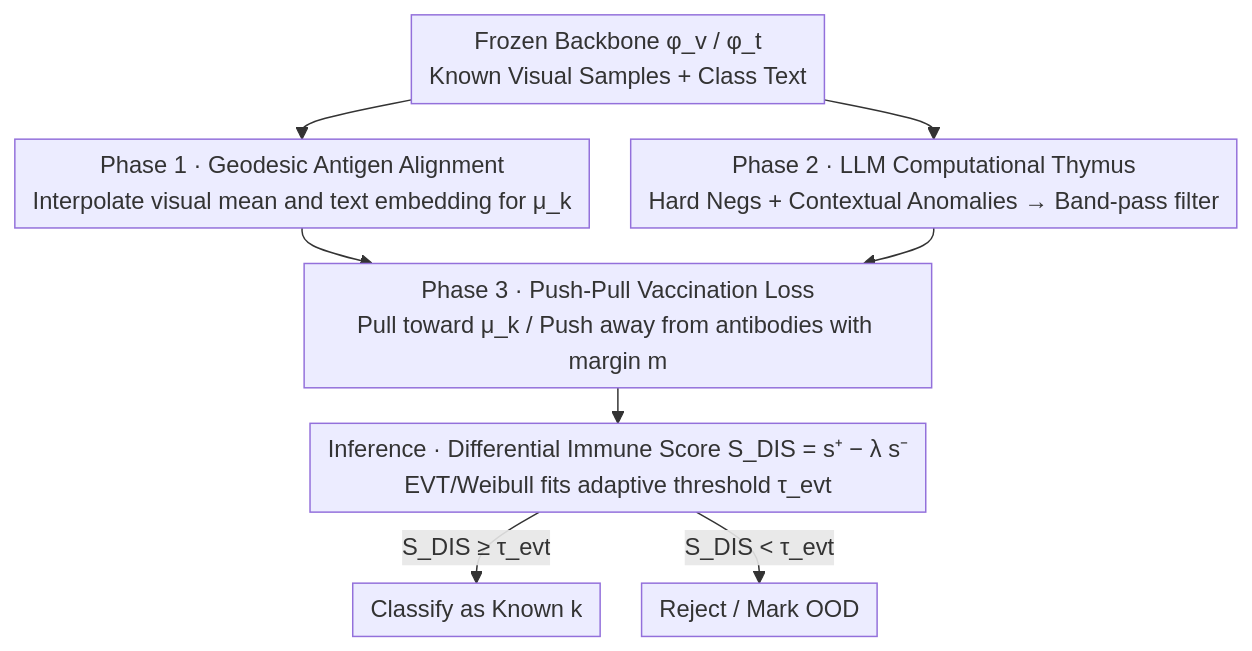
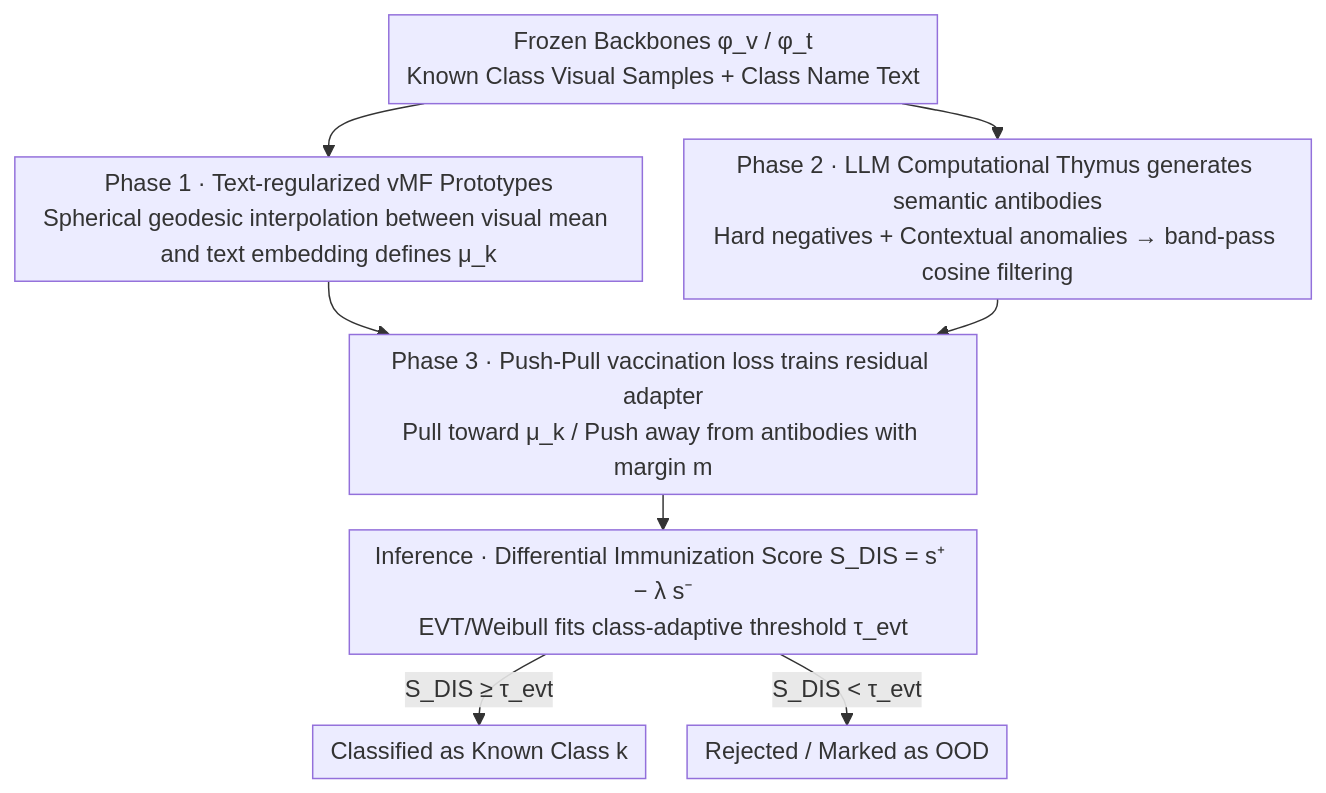
Before and after one commit to zhaoyang97/Paper-Notes-en: the diagram in docs/ICML2026/multimodal_vlm/immuno-vlm_immunizing_large_vision-language_models_via_generative_semantic_antib.md, drawn with Mermaid. The commit also changed other lines of this file and 5084 other files, not shown here.

````diff
--- a/docs/ICML2026/multimodal_vlm/immuno-vlm_immunizing_large_vision-language_models_via_generative_semantic_antib.md
+++ b/docs/ICML2026/multimodal_vlm/immuno-vlm_immunizing_large_vision-language_models_via_generative_semantic_antib.md
@@ -45,12 +45,12 @@
 ```mermaid
 %%{init: {'flowchart': {'rankSpacing': 24, 'nodeSpacing': 28, 'padding': 6, 'wrappingWidth': 400}}}%%
 flowchart TD
-    IN["Frozen Backbone φ_v / φ_t<br/>Known Visual Samples + Class Text"]
-    IN --> P1["Phase 1 · Geodesic Antigen Alignment<br/>Interpolate visual mean and text embedding for μ_k"]
-    IN --> P2["Phase 2 · LLM Computational Thymus<br/>Hard Negs + Contextual Anomalies → Band-pass filter"]
-    P1 --> P3["Phase 3 · Push-Pull Vaccination Loss<br/>Pull toward μ_k / Push away from antibodies with margin m"]
+    IN["Frozen Backbones φ_v / φ_t<br/>Known Class Visual Samples + Class Name Text"]
+    IN --> P1["Phase 1 · Text-regularized vMF Prototypes<br/>Spherical geodesic interpolation between visual mean and text embedding defines μ_k"]
+    IN --> P2["Phase 2 · LLM Computational Thymus generates semantic antibodies<br/>Hard negatives + Contextual anomalies → band-pass cosine filtering"]
+    P1 --> P3["Phase 3 · Push-Pull vaccination loss trains residual adapter<br/>Pull toward μ_k / Push away from antibodies with margin m"]
     P2 --> P3
-    P3 --> INF["Inference · Differential Immune Score S_DIS = s⁺ − λ s⁻<br/>EVT/Weibull fits adaptive threshold τ_evt"]
-    INF -->|"S_DIS ≥ τ_evt"| KNOWN["Classify as Known k"]
-    INF -->|"S_DIS < τ_evt"| REJECT["Reject / Mark OOD"]
+    P3 --> INF["Inference · Differential Immunization Score S_DIS = s⁺ − λ s⁻<br/>EVT/Weibull fits class-adaptive threshold τ_evt"]
+    INF -->|"S_DIS ≥ τ_evt"| KNOWN["Classified as Known Class k"]
+    INF -->|"S_DIS < τ_evt"| REJECT["Rejected / Marked as OOD"]
 ```
````
